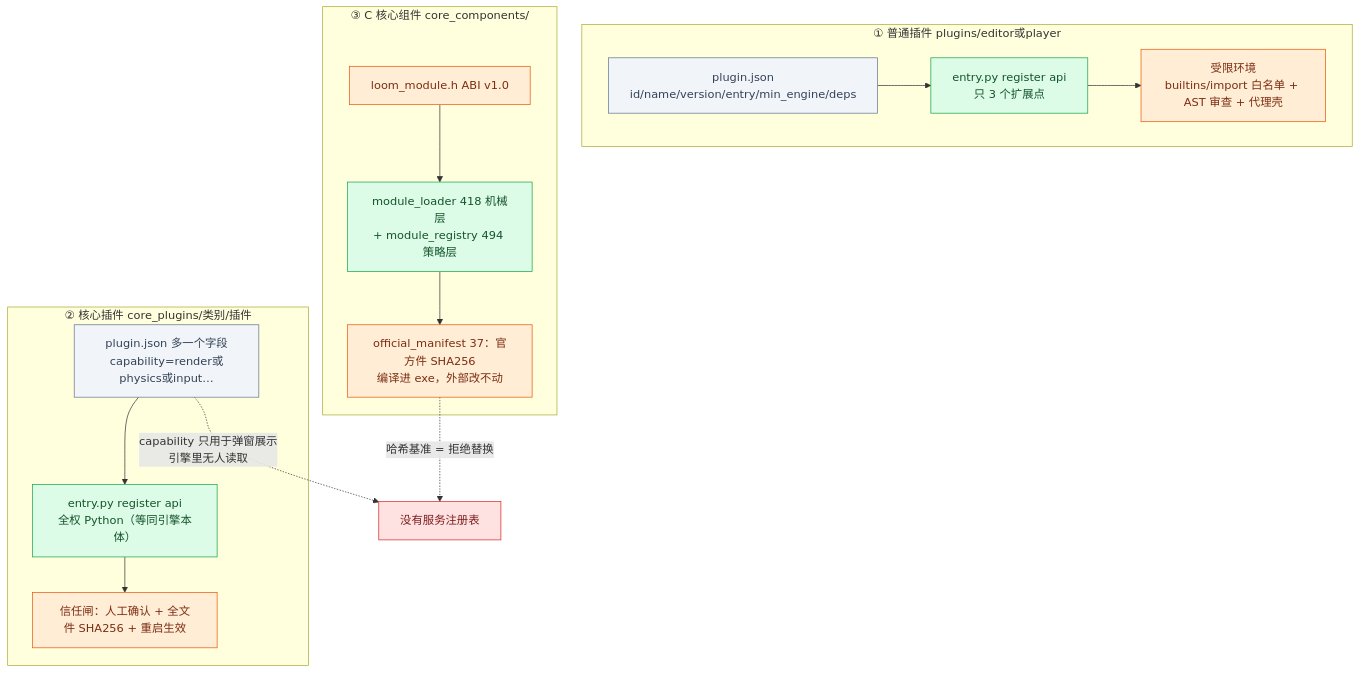
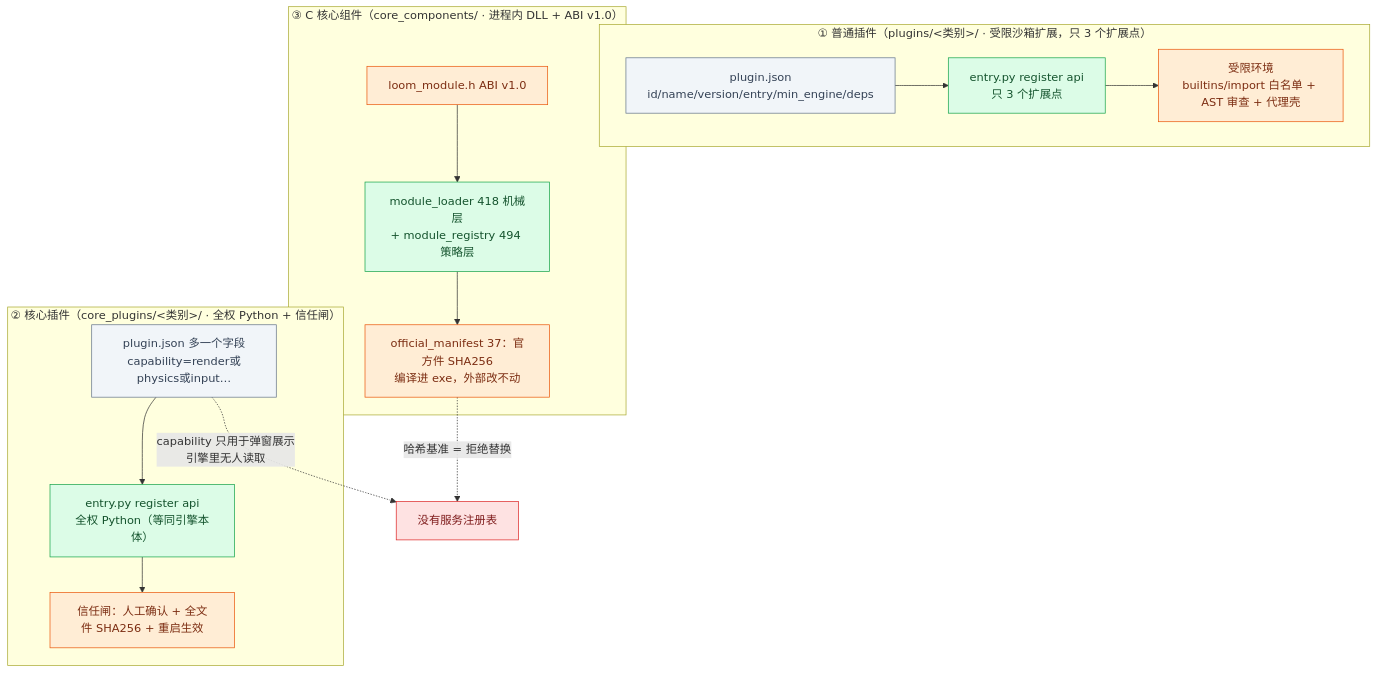
Before and after one commit to lhy302/WeaveEngine: diagram 19 of 23 in ARCHITECTURE.md, drawn with Mermaid. The commit also changed other lines of this file, not shown here.

Commit message:
docs: 图 15~19 全部改为功能模块分框结构（含事实实测刷新）

````diff
--- a/ARCHITECTURE.md
+++ b/ARCHITECTURE.md
@@ -1282,27 +1302,27 @@
 ```mermaid
 flowchart TB
-  subgraph P1["① 普通插件 plugins/editor或player"]
+  subgraph P1["① 普通插件（plugins/<类别>/ · 受限沙箱扩展，只 3 个扩展点）"]
     P1a["plugin.json<br/>id/name/version/entry/min_engine/deps"]:::file
     P1b["entry.py register api<br/>只 3 个扩展点"]:::impl
     P1c["受限环境<br/>builtins/import 白名单 + AST 审查 + 代理壳"]:::contract
   end
-  subgraph P2["② 核心插件 core_plugins/类别/插件"]
+  subgraph P2["② 核心插件（core_plugins/<类别>/ · 全权 Python + 信任闸）"]
     P2a["plugin.json 多一个字段<br/>capability=render或physics或input…"]:::file
     P2b["entry.py register api<br/>全权 Python（等同引擎本体）"]:::impl
     P2c["信任闸：人工确认 + 全文件 SHA256 + 重启生效"]:::contract
   end
-  subgraph P3["③ C 核心组件 core_components/"]
+  subgraph P3["③ C 核心组件（core_components/ · 进程内 DLL + ABI v1.0）"]
     P3a["loom_module.h ABI v1.0"]:::contract
     P3b["module_loader 418 机械层<br/>+ module_registry 494 策略层"]:::impl
     P3c["official_manifest 37：官方件 SHA256<br/>编译进 exe，外部改不动"]:::contract
   end
   P1a --> P1b --> P1c
   P2a --> P2b --> P2c
   P3a --> P3b --> P3c
   P2a -.->|capability 只用于弹窗展示<br/>引擎里无人读取| X["没有服务注册表"]:::miss
   P3c -.->|哈希基准 = 拒绝替换| X
   classDef file fill:#f1f5f9,stroke:#64748b,color:#334155
   classDef impl fill:#dcfce7,stroke:#16a34a,color:#14532d
   classDef contract fill:#ffedd5,stroke:#ea580c,color:#7c2d12
   classDef miss fill:#fee2e2,stroke:#dc2626,color:#7f1d1d
 ```
````
